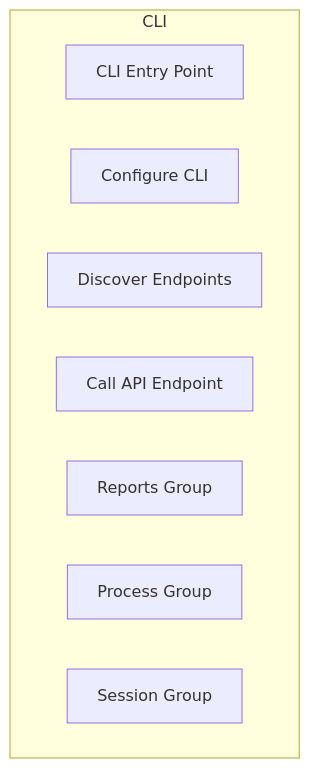
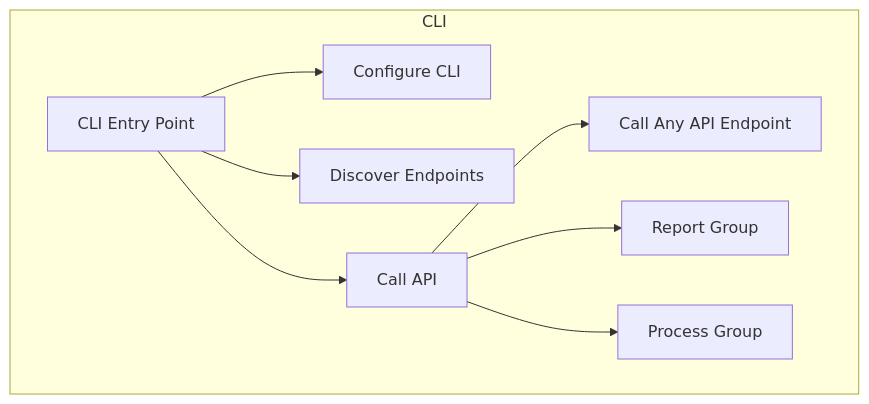
One commit to UMMS-Biocore/foundry-sdk changed the first of 3 diagrams in README.md. Above: the diagram before and after it, drawn with Mermaid.

Commit message:
Main Graph

````diff
--- a/README.md
+++ b/README.md
@@ -105,12 +105,20 @@
 ```mermaid
-graph 
+graph LR
     subgraph CLI
-        cli[CLI Entry Point]
+        direction LR
+        client[CLI Entry Point]
         config[Configure CLI]
         discover[Discover Endpoints]
-        call[Call API Endpoint]
-        reports[Reports Group]
+        callAPI[Call API]
+        anyAPI[Call Any API Endpoint]
+        reports[Report Group]
         process[Process Group]
-        session[Session Group]
+
+        client --> config 
+        client --> discover
+        client --> callAPI
+        callAPI --> anyAPI
+        callAPI --> reports
+        callAPI --> process
     end
 ```
````
